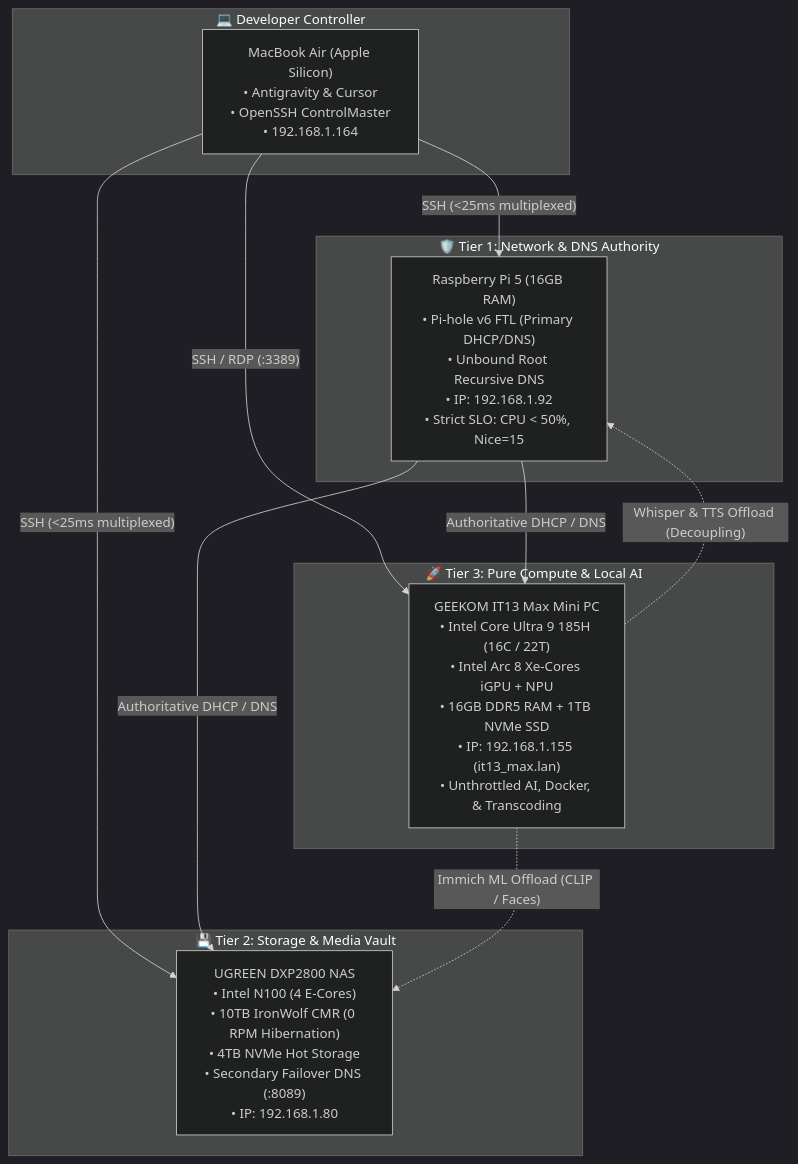
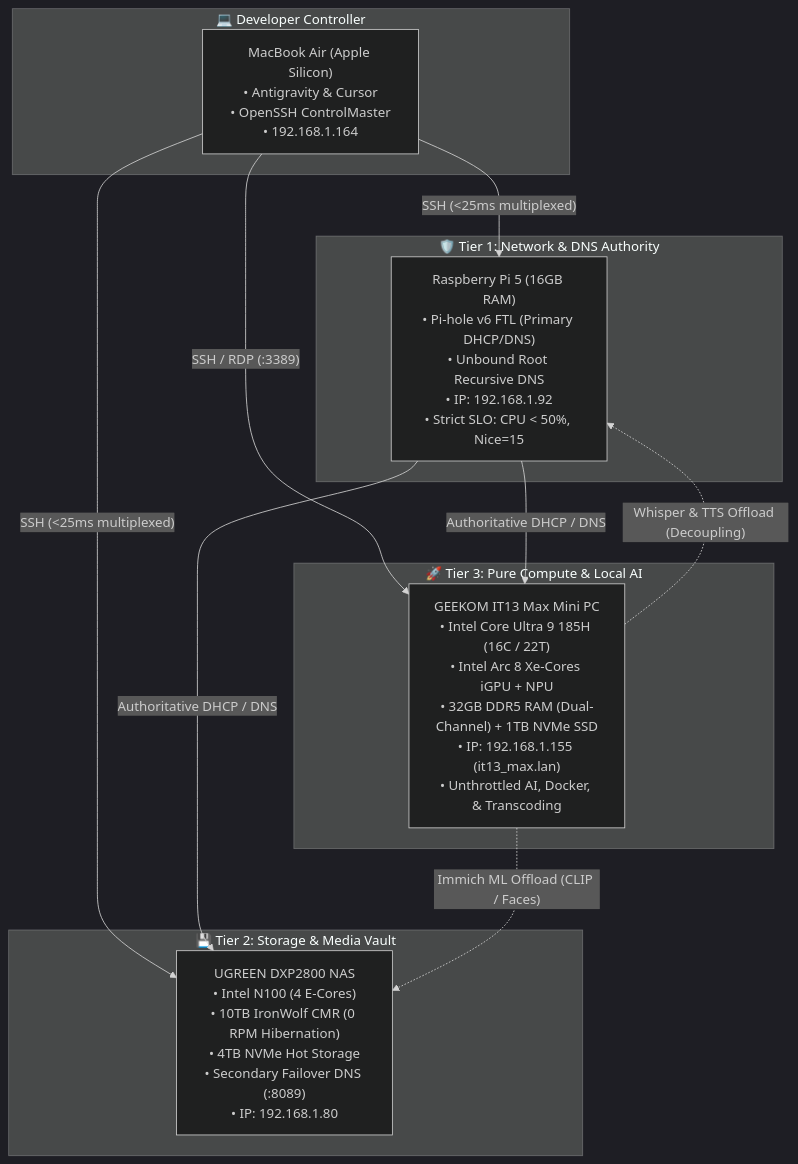
One commit to deepshah08/Learning changed the first of 2 diagrams in hardware_and_diagnostics/it13max_compute_node/README.md. Above: the diagram before and after it, drawn with Mermaid (dark theme). The commit also changed other lines of this file and 9 other files, not shown here.

Commit message:
docs(homelab): document nas container upgrade thrashing postmortem and it13max kernel 7.0 ram investigation

````diff
--- a/hardware_and_diagnostics/it13max_compute_node/README.md
+++ b/hardware_and_diagnostics/it13max_compute_node/README.md
@@ -20,28 +20,28 @@
 ```mermaid
 flowchart TD
     subgraph Controller ["💻 Developer Controller"]
         Mac["MacBook Air (Apple Silicon)<br/>• Antigravity & Cursor<br/>• OpenSSH ControlMaster<br/>• 192.168.1.164"]
     end
 
     subgraph CoreNetwork ["🛡️ Tier 1: Network & DNS Authority"]
         Pi5["Raspberry Pi 5 (16GB RAM)<br/>• Pi-hole v6 FTL (Primary DHCP/DNS)<br/>• Unbound Root Recursive DNS<br/>• IP: 192.168.1.92<br/>• Strict SLO: CPU &lt; 50%, Nice=15"]
     end
 
     subgraph StorageVault ["💾 Tier 2: Storage & Media Vault"]
         NAS["UGREEN DXP2800 NAS<br/>• Intel N100 (4 E-Cores)<br/>• 10TB IronWolf CMR (0 RPM Hibernation)<br/>• 4TB NVMe Hot Storage<br/>• Secondary Failover DNS (:8089)<br/>• IP: 192.168.1.80"]
     end
 
     subgraph ComputeNode ["🚀 Tier 3: Pure Compute & Local AI"]
-        IT13["GEEKOM IT13 Max Mini PC<br/>• Intel Core Ultra 9 185H (16C / 22T)<br/>• Intel Arc 8 Xe-Cores iGPU + NPU<br/>• 16GB DDR5 RAM + 1TB NVMe SSD<br/>• IP: 192.168.1.155 (it13_max.lan)<br/>• Unthrottled AI, Docker, & Transcoding"]
+        IT13["GEEKOM IT13 Max Mini PC<br/>• Intel Core Ultra 9 185H (16C / 22T)<br/>• Intel Arc 8 Xe-Cores iGPU + NPU<br/>• 32GB DDR5 RAM (Dual-Channel) + 1TB NVMe SSD<br/>• IP: 192.168.1.155 (it13_max.lan)<br/>• Unthrottled AI, Docker, & Transcoding"]
     end
 
     Mac -->|"SSH (&lt;25ms multiplexed)"| Pi5
     Mac -->|"SSH (&lt;25ms multiplexed)"| NAS
     Mac -->|"SSH / RDP (:3389)"| IT13
 
     Pi5 -->|"Authoritative DHCP / DNS"| IT13
     Pi5 -->|"Authoritative DHCP / DNS"| NAS
 
     IT13 -.->|"Immich ML Offload (CLIP / Faces)"| NAS
     IT13 -.->|"Whisper & TTS Offload (Decoupling)"| Pi5
 ```
````
